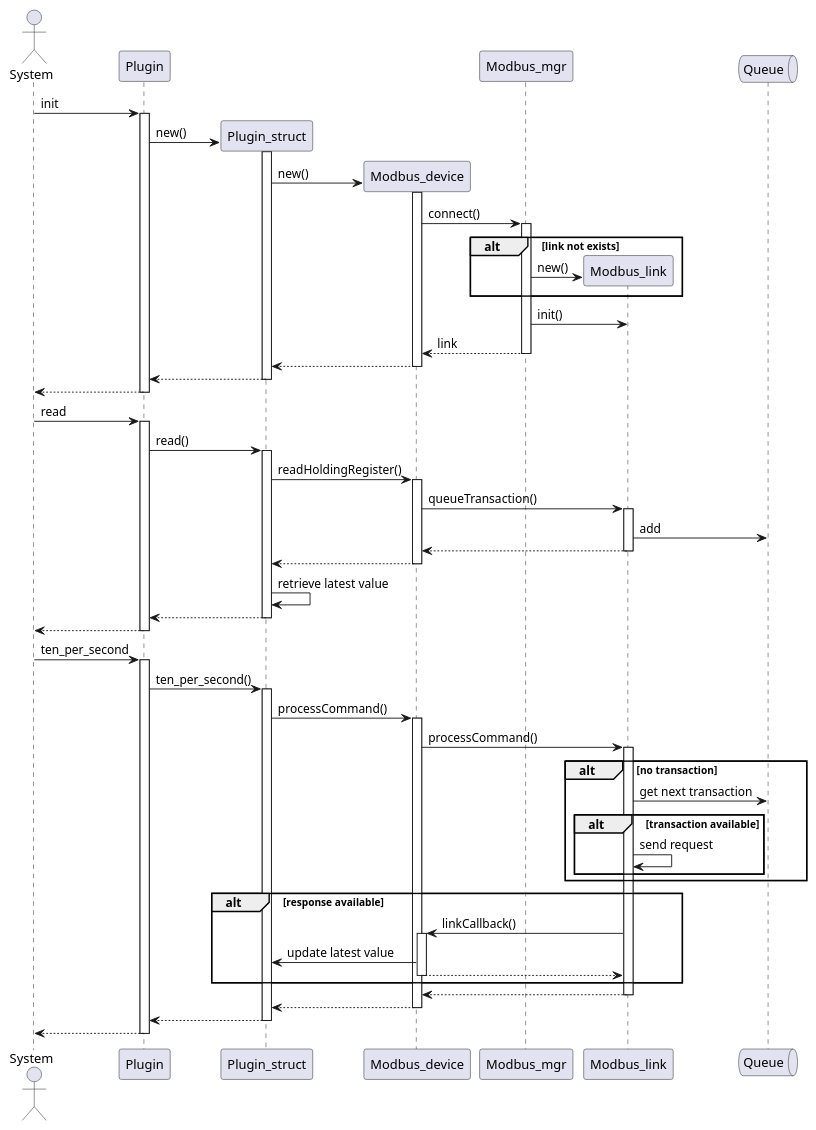
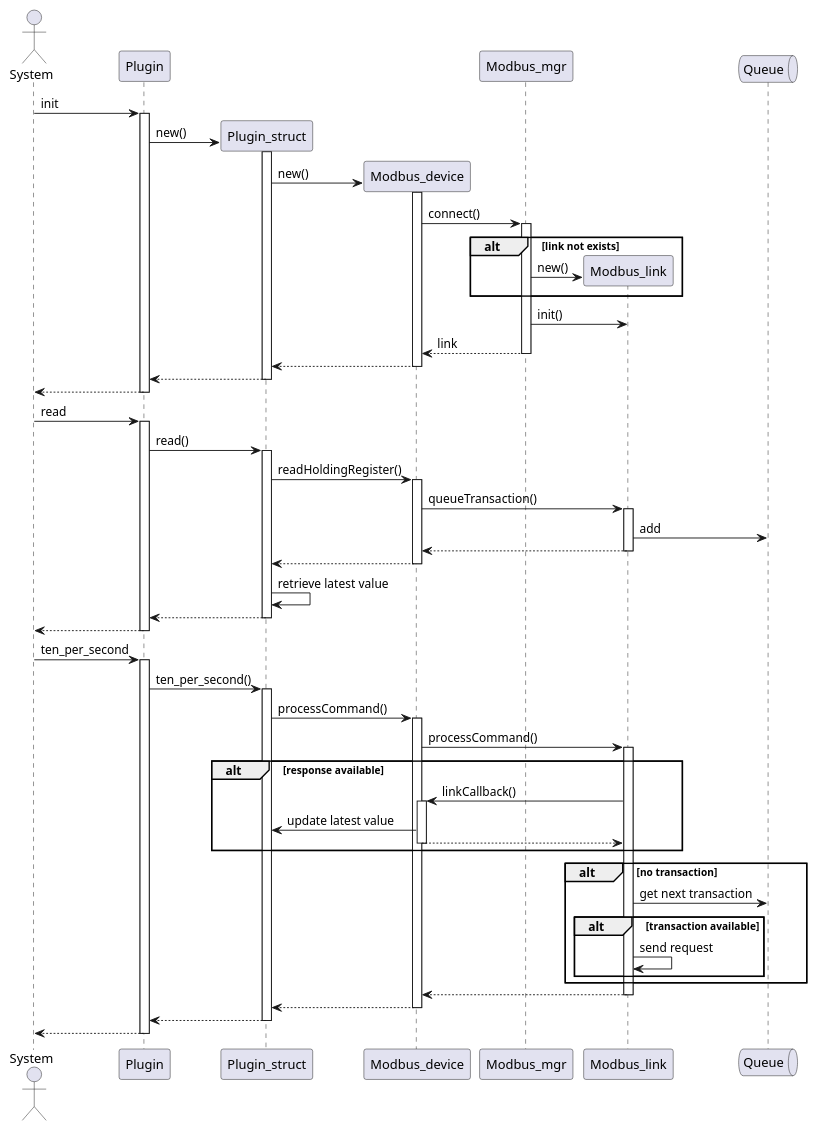
The diagram in misc/modbusFacility/Modbus_seq1.puml (letscontrolit/ESPEasy), drawn with PlantUML before and after one commit. The commit also changed other lines of this file and 6 other files, not shown here.

```diff
--- a/misc/modbusFacility/Modbus_seq1.puml
+++ b/misc/modbusFacility/Modbus_seq1.puml
@@ -1,56 +1,56 @@
 @startuml
 actor       System       as system
 participant Plugin as plugin
 participant Plugin_struct as plugin_struct
 participant Modbus_device as modbus_device 
 participant Modbus_mgr    as modbus_mgr  
 participant Modbus_link   as modbus_link
 queue       Queue       as queue
 
 system -> plugin ++ : init
 create plugin_struct
 plugin -> plugin_struct ++ : new()
 create modbus_device
 plugin_struct -> modbus_device ++ : new()
 modbus_device -> modbus_mgr ++ : connect()
 alt link not exists
     create modbus_link
 modbus_mgr -> modbus_link  : new()
 end
 modbus_mgr -> modbus_link : init()
 modbus_device <-- modbus_mgr -- : link
 plugin_struct <-- modbus_device --
 plugin <-- plugin_struct --
 system <-- plugin --
 
 system -> plugin ++ : read
 plugin -> plugin_struct ++ : read()
 plugin_struct -> modbus_device ++ : readHoldingRegister()
 modbus_device -> modbus_link ++: queueTransaction()
 modbus_link -> queue : add
 modbus_device <-- modbus_link --
 plugin_struct <-- modbus_device --
 plugin_struct -> plugin_struct : retrieve latest value
 plugin <-- plugin_struct --
 system <-- plugin --
 
 system -> plugin ++ : ten_per_second
 plugin -> plugin_struct ++ : ten_per_second()
 plugin_struct -> modbus_device ++ : processCommand()
 modbus_device -> modbus_link ++: processCommand()
+alt response available
+  modbus_link -> modbus_device ++ : linkCallback()
+  modbus_device -> plugin_struct : update latest value
+  modbus_link <-- modbus_device --
+end
 alt no transaction
   modbus_link -> queue : get next transaction
   alt transaction available
     modbus_link -> modbus_link : send request
   end
 end
-alt response available
-  modbus_link -> modbus_device ++ : linkCallback()
-  modbus_device -> plugin_struct : update latest value
-  modbus_link <-- modbus_device --
-end
 modbus_device <-- modbus_link --
 plugin_struct <-- modbus_device --
 plugin <-- plugin_struct --
 system <-- plugin --
 @enduml
```
